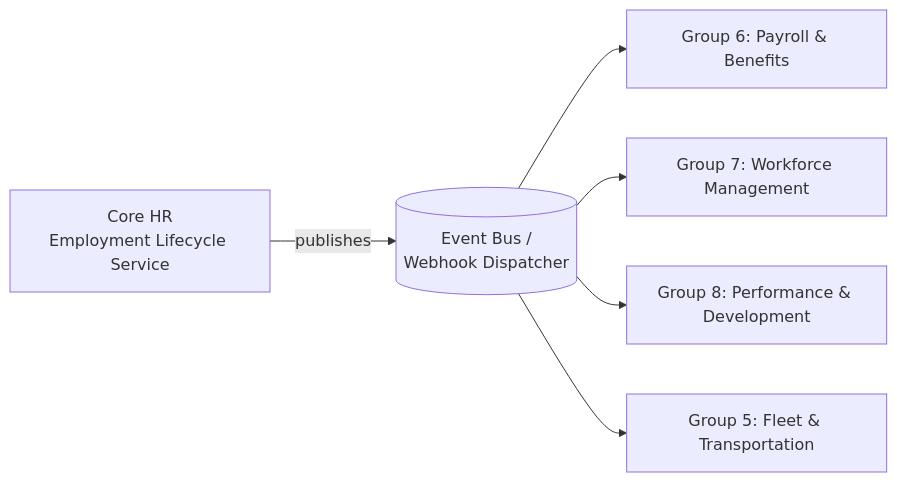
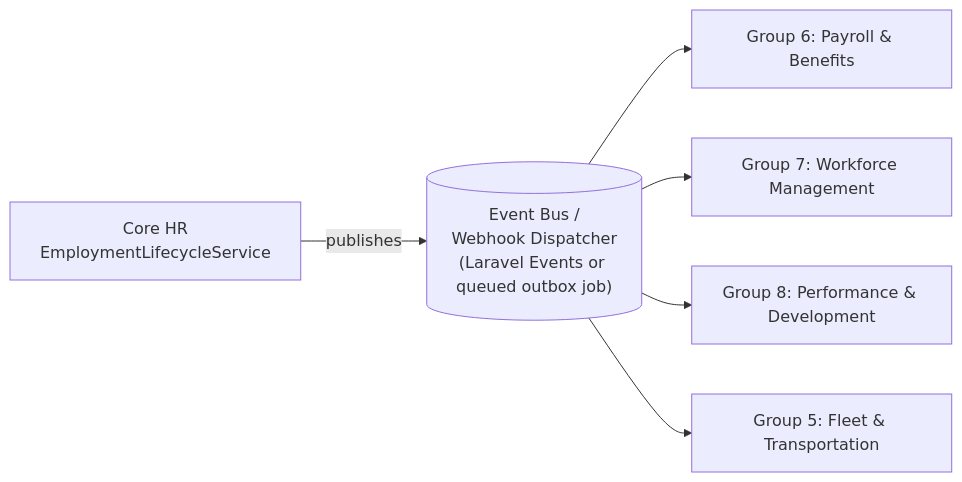
One commit to superrjay/superrjay changed the second of 2 diagrams in docs/integration-contract.md. Above: the diagram before and after it, drawn with Mermaid. The commit also changed other lines of this file and 6 other files, not shown here.

````diff
--- a/docs/integration-contract.md
+++ b/docs/integration-contract.md
@@ -153,8 +188,8 @@
 ```mermaid
 flowchart LR
-    CoreHR[Core HR\nEmployment Lifecycle Service] -->|publishes| Bus[(Event Bus /\nWebhook Dispatcher)]
-    Bus --> G6[Group 6: Payroll & Benefits]
-    Bus --> G7[Group 7: Workforce Management]
-    Bus --> G8[Group 8: Performance & Development]
-    Bus --> G5[Group 5: Fleet & Transportation]
+    CoreHR["Core HR\nEmploymentLifecycleService"] -->|publishes| Bus[("Event Bus /\nWebhook Dispatcher\n(Laravel Events or queued outbox job)")]
+    Bus --> G6["Group 6: Payroll & Benefits"]
+    Bus --> G7["Group 7: Workforce Management"]
+    Bus --> G8["Group 8: Performance & Development"]
+    Bus --> G5["Group 5: Fleet & Transportation"]
 ```
````
